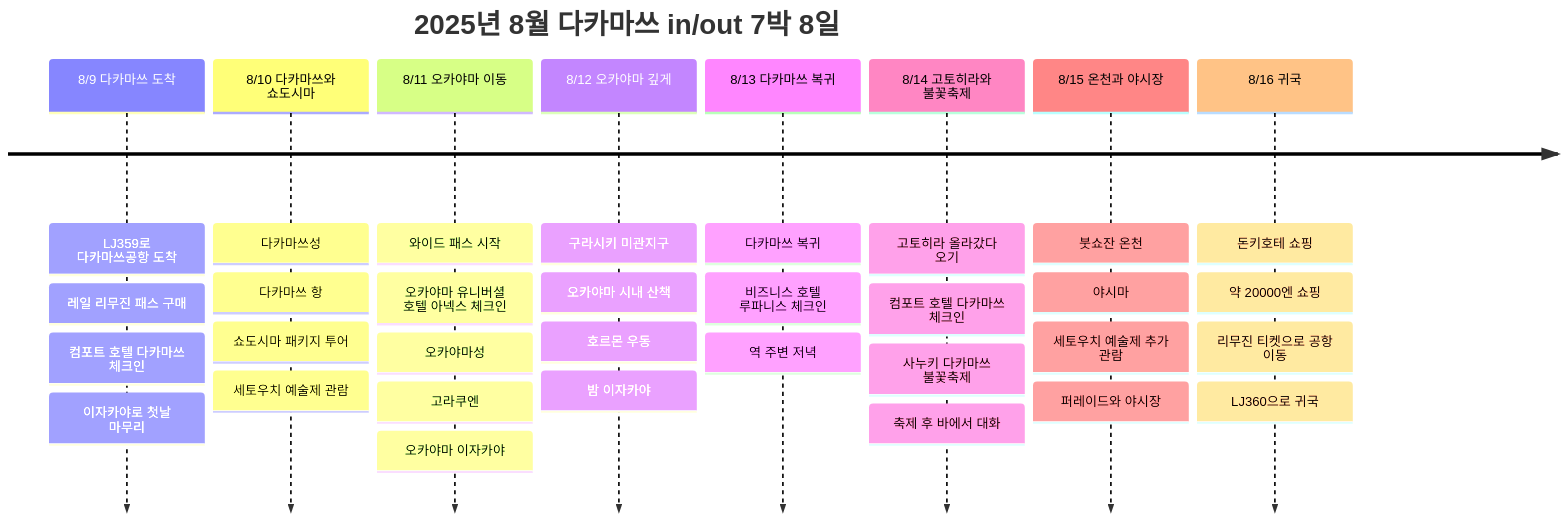
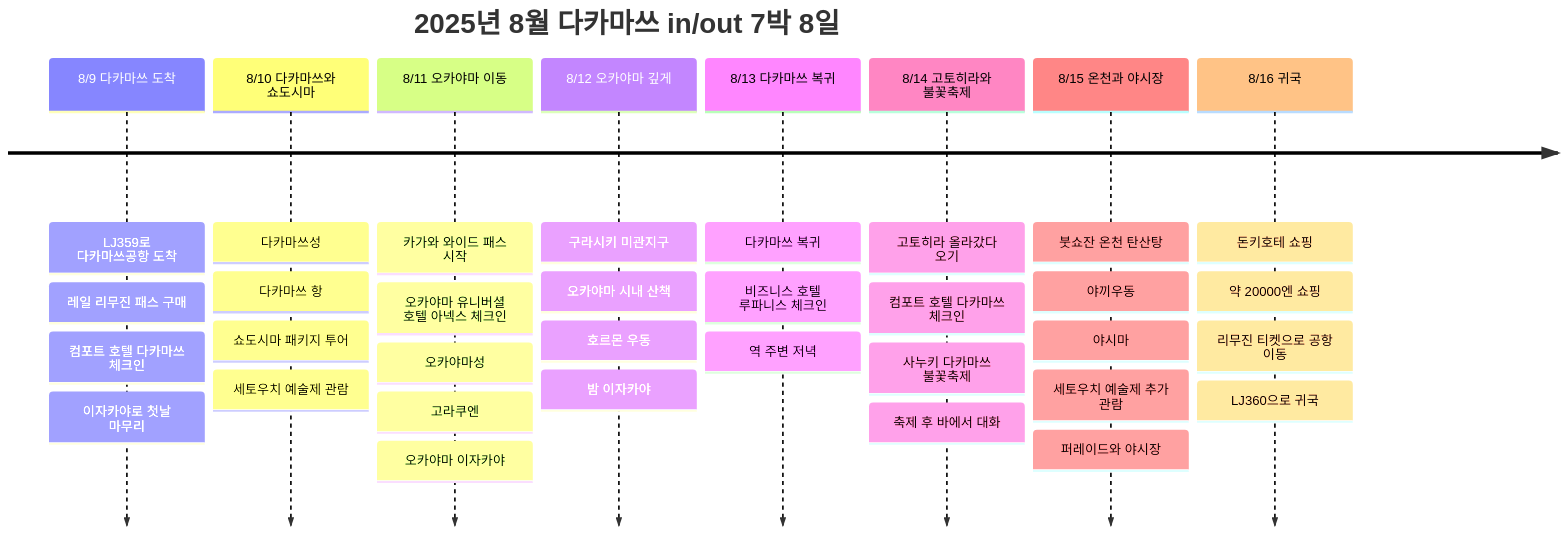
Before and after one commit to gongdongho12/commit-map: the first of 2 diagrams in src/content/posts/2025-08-01-takamatsu-recovery.md, drawn with Mermaid. The commit also changed other lines of this file, not shown here.

````diff
--- a/src/content/posts/2025-08-01-takamatsu-recovery.md
+++ b/src/content/posts/2025-08-01-takamatsu-recovery.md
@@ -276,36 +284,37 @@
 ```mermaid
 timeline
   title 2025년 8월 다카마쓰 in/out 7박 8일
   8/9 다카마쓰 도착 : LJ359로 다카마쓰공항 도착
                     : 레일 리무진 패스 구매
                     : 컴포트 호텔 다카마쓰 체크인
                     : 이자카야로 첫날 마무리
   8/10 다카마쓰와 쇼도시마 : 다카마쓰성
                            : 다카마쓰 항
                            : 쇼도시마 패키지 투어
                            : 세토우치 예술제 관람
-  8/11 오카야마 이동 : 와이드 패스 시작
+  8/11 오카야마 이동 : 카가와 와이드 패스 시작
                     : 오카야마 유니버셜 호텔 아넥스 체크인
                     : 오카야마성
                     : 고라쿠엔
                     : 오카야마 이자카야
   8/12 오카야마 깊게 : 구라시키 미관지구
                     : 오카야마 시내 산책
                     : 호르몬 우동
                     : 밤 이자카야
   8/13 다카마쓰 복귀 : 다카마쓰 복귀
                     : 비즈니스 호텔 루파니스 체크인
                     : 역 주변 저녁
   8/14 고토히라와 불꽃축제 : 고토히라 올라갔다 오기
                           : 컴포트 호텔 다카마쓰 체크인
                           : 사누키 다카마쓰 불꽃축제
                           : 축제 후 바에서 대화
-  8/15 온천과 야시장 : 붓쇼잔 온천
+  8/15 온천과 야시장 : 붓쇼잔 온천 탄산탕
+                    : 야끼우동
                     : 야시마
                     : 세토우치 예술제 추가 관람
                     : 퍼레이드와 야시장
   8/16 귀국 : 돈키호테 쇼핑
              : 약 20000엔 쇼핑
              : 리무진 티켓으로 공항 이동
              : LJ360으로 귀국
 ```
````
